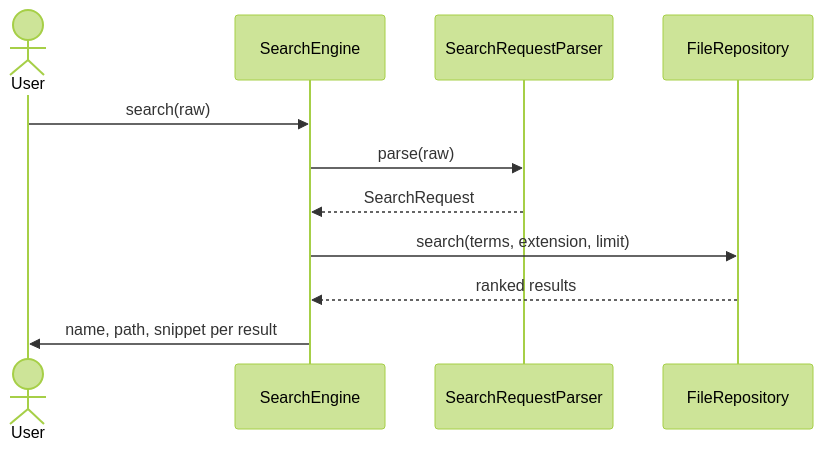
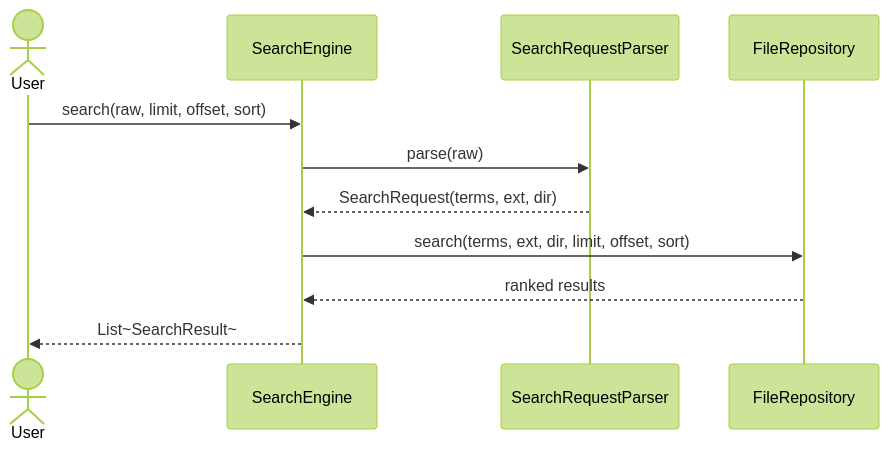
One commit to IonutzHerbil/Search_Engine changed the sixth of 7 diagrams in ARCHITECTURE.md. Above: the diagram before and after it, drawn with Mermaid (forest theme). The commit also changed other lines of this file, not shown here.

Commit message:
docs: update ARCHITECTURE.md to match the current structure of the system

````diff
--- a/ARCHITECTURE.md
+++ b/ARCHITECTURE.md
@@ -336,14 +419,14 @@
 ```mermaid
 sequenceDiagram
     actor User
     participant SearchEngine
     participant SearchRequestParser
     participant FileRepository
 
-    User->>SearchEngine: search(raw)
+    User->>SearchEngine: search(raw, limit, offset, sort)
     SearchEngine->>SearchRequestParser: parse(raw)
-    SearchRequestParser-->>SearchEngine: SearchRequest
-    SearchEngine->>FileRepository: search(terms, extension, limit)
+    SearchRequestParser-->>SearchEngine: SearchRequest(terms, ext, dir)
+    SearchEngine->>FileRepository: search(terms, ext, dir, limit, offset, sort)
     FileRepository-->>SearchEngine: ranked results
-    SearchEngine->>User: name, path, snippet per result
+    SearchEngine-->>User: List~SearchResult~
 ```
````
